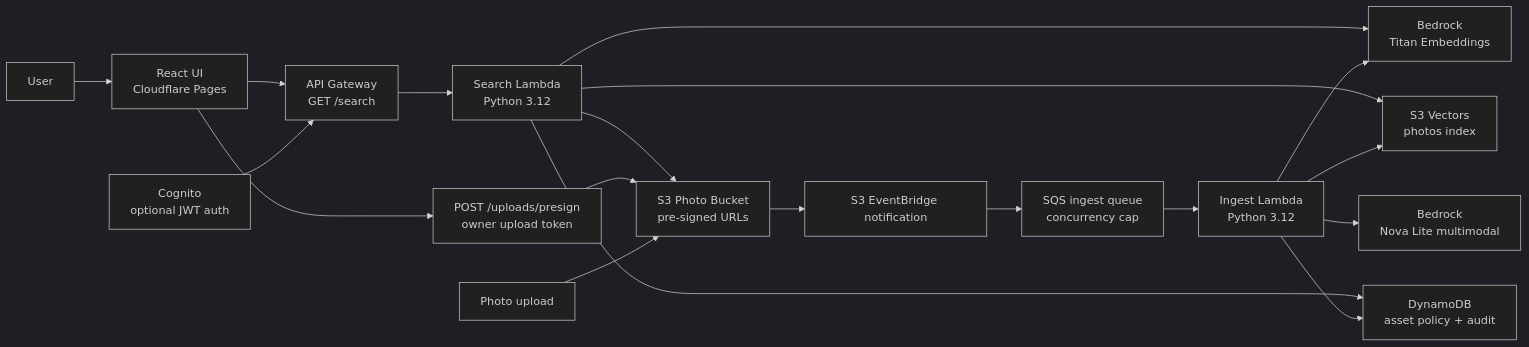
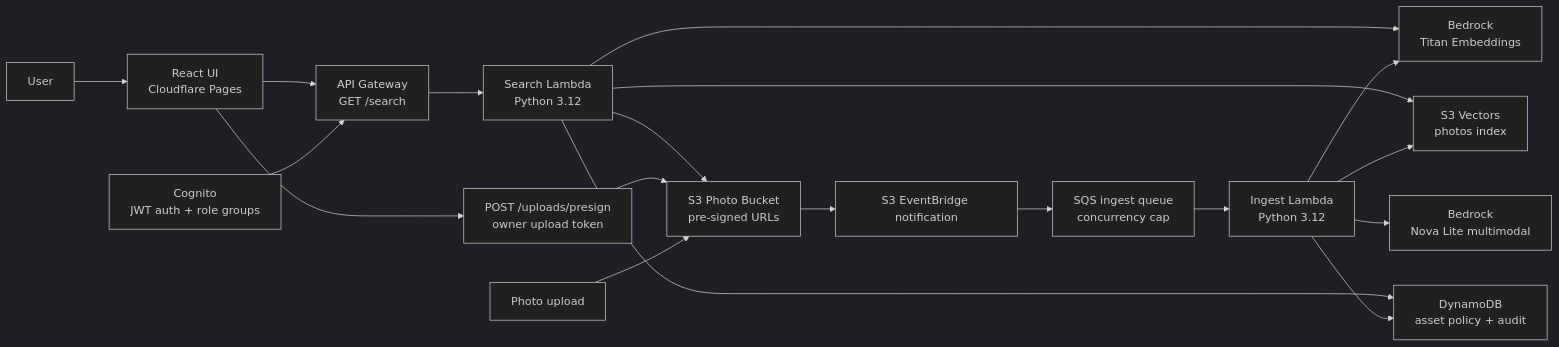
One commit to manynames3/photoscribe-ai changed the diagram in README.md. Above: the diagram before and after it, drawn with Mermaid (dark theme). The commit also changed other lines of this file and 22 other files, not shown here.

````diff
--- a/README.md
+++ b/README.md
@@ -91,22 +91,22 @@
 ```mermaid
 flowchart LR
     user["User"] --> ui["React UI<br/>Cloudflare Pages"]
     ui --> api["API Gateway<br/>GET /search"]
     api --> search["Search Lambda<br/>Python 3.12"]
-    auth["Cognito<br/>optional JWT auth"] --> api
+    auth["Cognito<br/>JWT auth + role groups"] --> api
     search --> embed["Bedrock<br/>Titan Embeddings"]
     search --> vectors["S3 Vectors<br/>photos index"]
     search --> photos["S3 Photo Bucket<br/>pre-signed URLs"]
     search --> governance["DynamoDB<br/>asset policy + audit"]
     ui --> upload["POST /uploads/presign<br/>owner upload token"]
     upload --> photos
 
     uploader["Photo upload"] --> photos
     photos --> events["S3 EventBridge notification"]
     events --> queue["SQS ingest queue<br/>concurrency cap"]
     queue --> ingest["Ingest Lambda<br/>Python 3.12"]
     ingest --> nova["Bedrock<br/>Nova Lite multimodal"]
     ingest --> embed
     ingest --> vectors
     ingest --> governance
 ```
````
